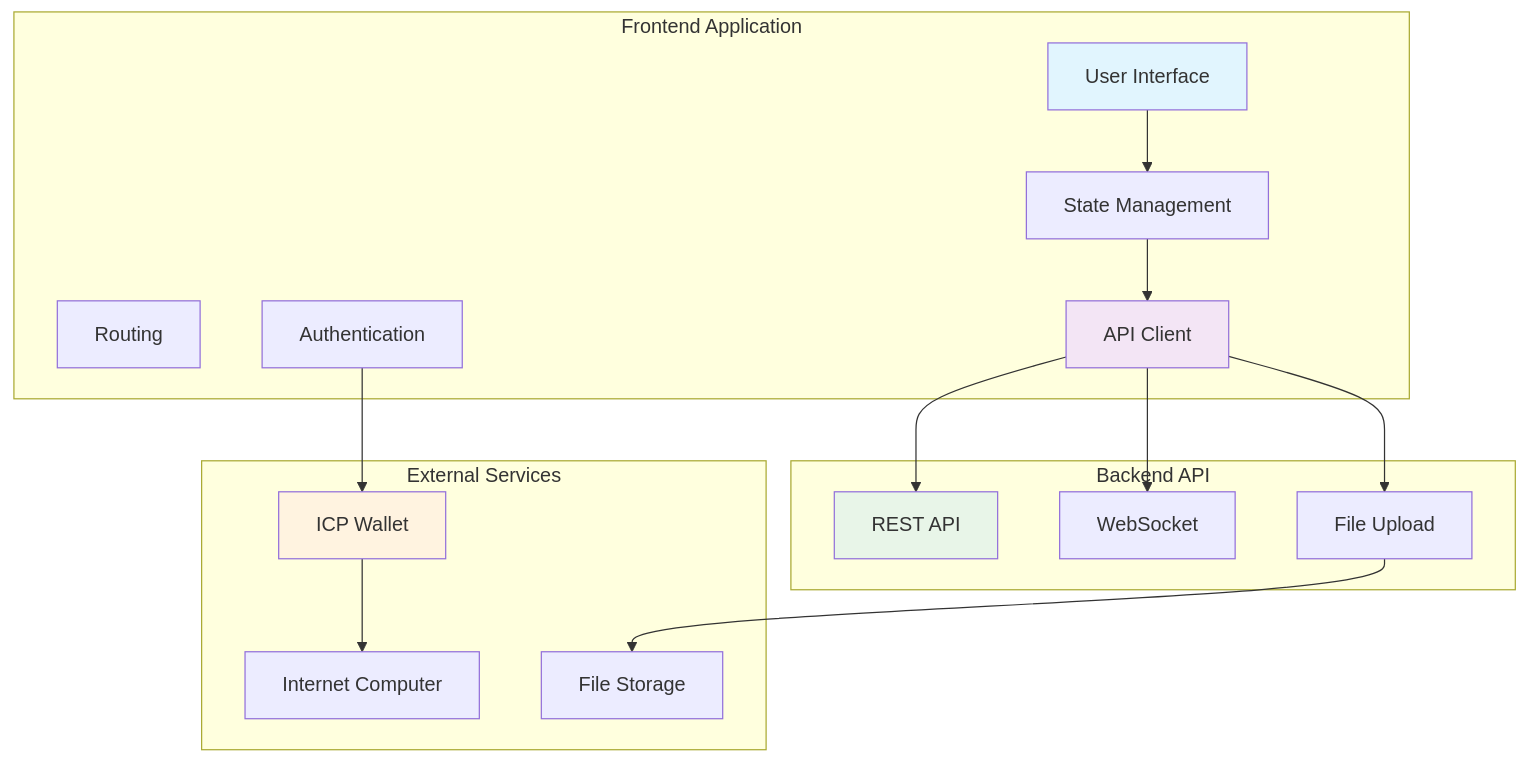
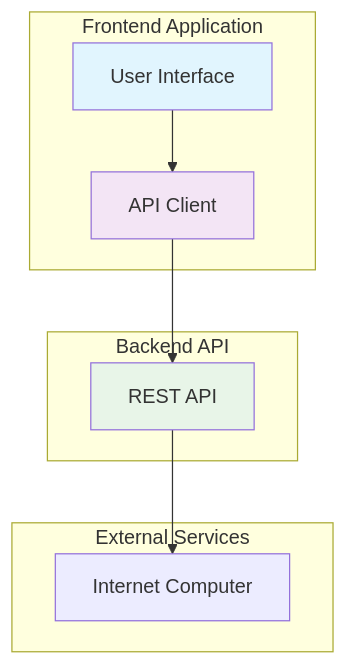
One commit to jurus-macul/pedulicarbon changed the first of 2 diagrams in docs/FRONTEND_INTEGRATION.md. Above: the diagram before and after it, drawn with Mermaid. The commit also changed other lines of this file and 2 other files, not shown here.

````diff
--- a/docs/FRONTEND_INTEGRATION.md
+++ b/docs/FRONTEND_INTEGRATION.md
@@ -7,38 +7,23 @@
 ```mermaid
 graph TB
     subgraph "Frontend Application"
         UI[User Interface]
-        State[State Management]
-        Router[Routing]
-        Auth[Authentication]
         API[API Client]
     end
     
     subgraph "Backend API"
         REST[REST API]
-        WebSocket[WebSocket]
-        FileUpload[File Upload]
     end
     
     subgraph "External Services"
         ICP[Internet Computer]
-        Wallet[ICP Wallet]
-        Storage[File Storage]
     end
     
-    UI --> State
-    State --> API
+    UI --> API
     API --> REST
-    API --> WebSocket
-    API --> FileUpload
-    
-    Auth --> Wallet
-    Wallet --> ICP
-    
-    FileUpload --> Storage
+    REST --> ICP
     
     style UI fill:#e1f5fe
     style API fill:#f3e5f5
     style REST fill:#e8f5e8
-    style Wallet fill:#fff3e0
 ```
````
